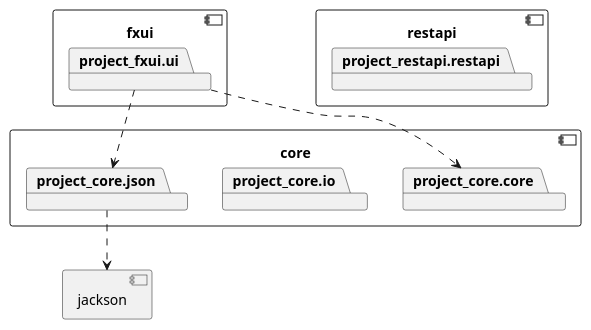
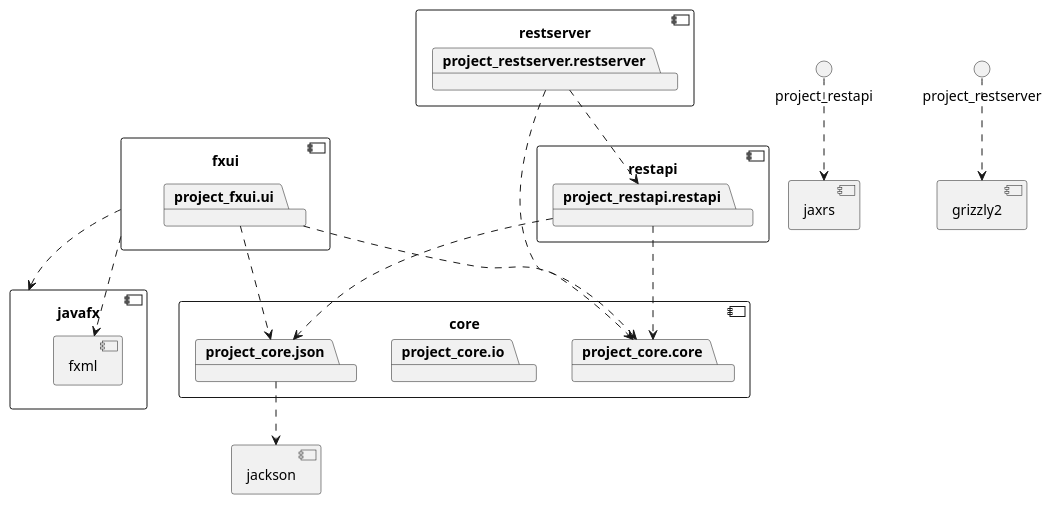
Before and after one commit to ErlendMariusOmmundsen/Messaging-App: the diagram in project/readme.md, drawn with PlantUML.

Commit message:
33 - Package diagram 1.0
Should have all components and dependencies now. Will need a group
review to be sure.

````diff
--- a/project/readme.md
+++ b/project/readme.md
@@ -98,26 +98,54 @@
 ```plantuml
 
 component core {
 	package project_core.core
 	package project_core.io
 	package project_core.json
 }
 
 component jackson {
 }
 
 project_core.json ..> jackson
 
 component fxui {
 	package project_fxui.ui
 }
 
 project_fxui.ui ..> project_core.core
 project_fxui.ui ..> project_core.json
 
 component restapi {
 	package project_restapi.restapi
 }
 
+component javafx {
+	component fxml {
+	}
+}
+
+fxui ..> javafx
+fxui ..> fxml
+
+project_restapi.restapi ..> project_core.core
+project_restapi.restapi ..> project_core.json
+
+component jaxrs {
+}
+
+project_restapi ..> jaxrs
+
+component restserver {
+	package project_restserver.restserver
+}
+
+project_restserver.restserver ..> project_core.core
+project_restserver.restserver ..> project_restapi.restapi
+
+component grizzly2 {
+}
+
+project_restserver ..> grizzly2
+
 
 ```
````
